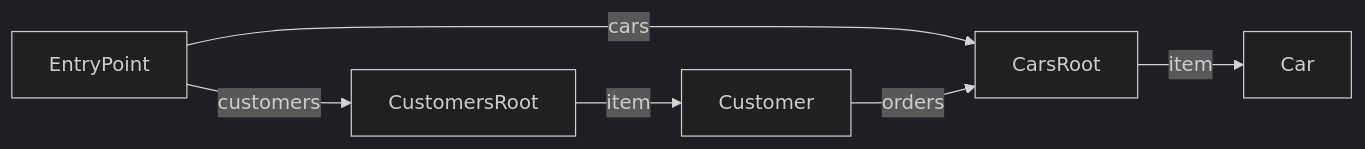
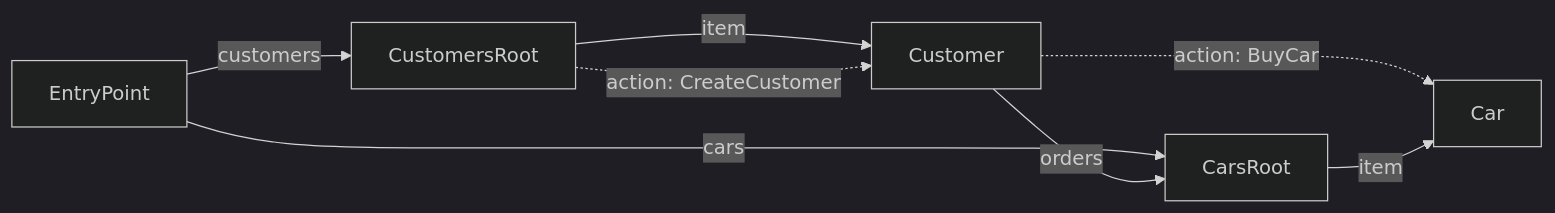
The diagram in Source/RESTyard.Schema.Test/MarkdownMapperTests.ToDocumentation_MultipleEntities.verified.md (RESTyard/RESTyard), drawn with Mermaid (dark theme) before and after one commit. The commit also changed 7 other files, not shown here.

Commit message:
Add action result edges to Mermaid diagrams Step 2.15.1: Visualize action results in API map and class diagram. - API map: dashed edges with "action:" prefix for actions with ResultName - Class diagram: actions show return type (e.g., CreateQuery(params) CustomerQueryResult)

````diff
--- a/Source/RESTyard.Schema.Test/MarkdownMapperTests.ToDocumentation_MultipleEntities.verified.md
+++ b/Source/RESTyard.Schema.Test/MarkdownMapperTests.ToDocumentation_MultipleEntities.verified.md
@@ -25,14 +25,16 @@
 ```mermaid
 graph LR
     EntryPoint["EntryPoint"]
     CustomersRoot["CustomersRoot"]
     Customer["Customer"]
     CarsRoot["CarsRoot"]
     Car["Car"]
 
     EntryPoint -- "customers" --> CustomersRoot
     EntryPoint -- "cars" --> CarsRoot
     CustomersRoot -- "item" --> Customer
+    CustomersRoot -. "action: CreateCustomer" .-> Customer
     Customer -- "orders" --> CarsRoot
+    Customer -. "action: BuyCar" .-> Car
     CarsRoot -- "item" --> Car
 ```
````
